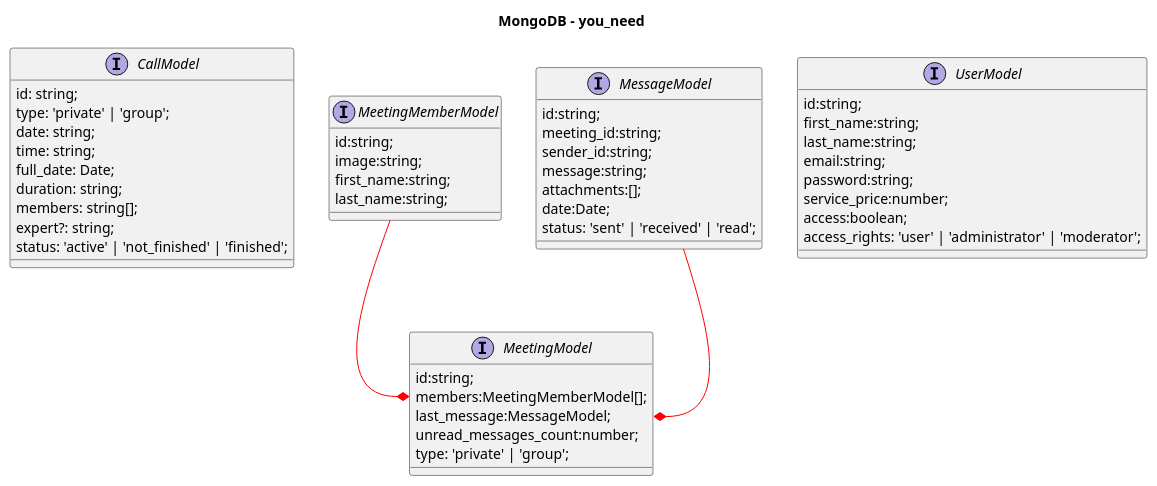
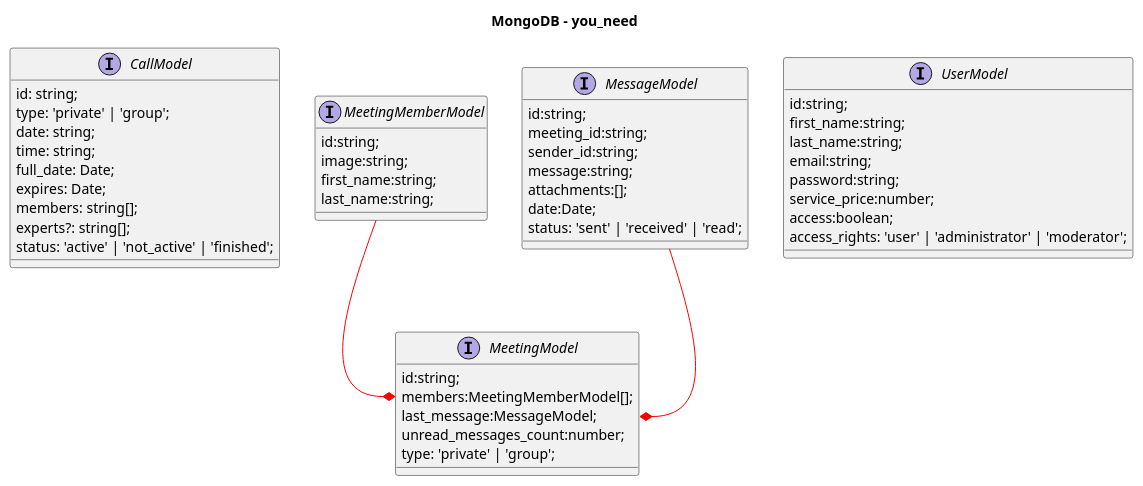
Before and after one commit to historydev/youneed: the diagram in src/app/architecture/database.puml, drawn with PlantUML. The commit also changed 403 other files, not shown here.

```diff
--- a/src/app/architecture/database.puml
+++ b/src/app/architecture/database.puml
@@ -1,57 +1,57 @@
 @startuml
 
 title MongoDB - you_need
 
 interface CallModel {
 	id: string;
 	type: 'private' | 'group';
 	date: string;
 	time: string;
 	full_date: Date;
-	duration: string;
+	expires: Date;
 	members: string[];
-	expert?: string;
-	status: 'active' | 'not_finished' | 'finished';
+	experts?: string[];
+	status: 'active' | 'not_active' | 'finished';
 }
 
 interface MeetingMemberModel {
 	id:string;
 	image:string;
 	first_name:string;
 	last_name:string;
 }
 
 interface MeetingModel {
 	id:string;
 	members:MeetingMemberModel[];
 	last_message:MessageModel;
 	unread_messages_count:number;
 	type: 'private' | 'group';
 }
 
 interface MessageModel {
 	id:string;
 	meeting_id:string;
 	sender_id:string;
 	message:string;
 	attachments:[];
 	date:Date;
 	status: 'sent' | 'received' | 'read';
 }
 
 interface UserModel {
 	id:string;
 	first_name:string;
 	last_name:string;
 	email:string;
 	password:string;
 	service_price:number;
 	access:boolean;
 	access_rights: 'user' | 'administrator' | 'moderator';
 }
 
 
 MeetingMemberModel -[#red]-* MeetingModel::members
 MessageModel -[#red]-* MeetingModel::last_message
 
 @enduml
```
